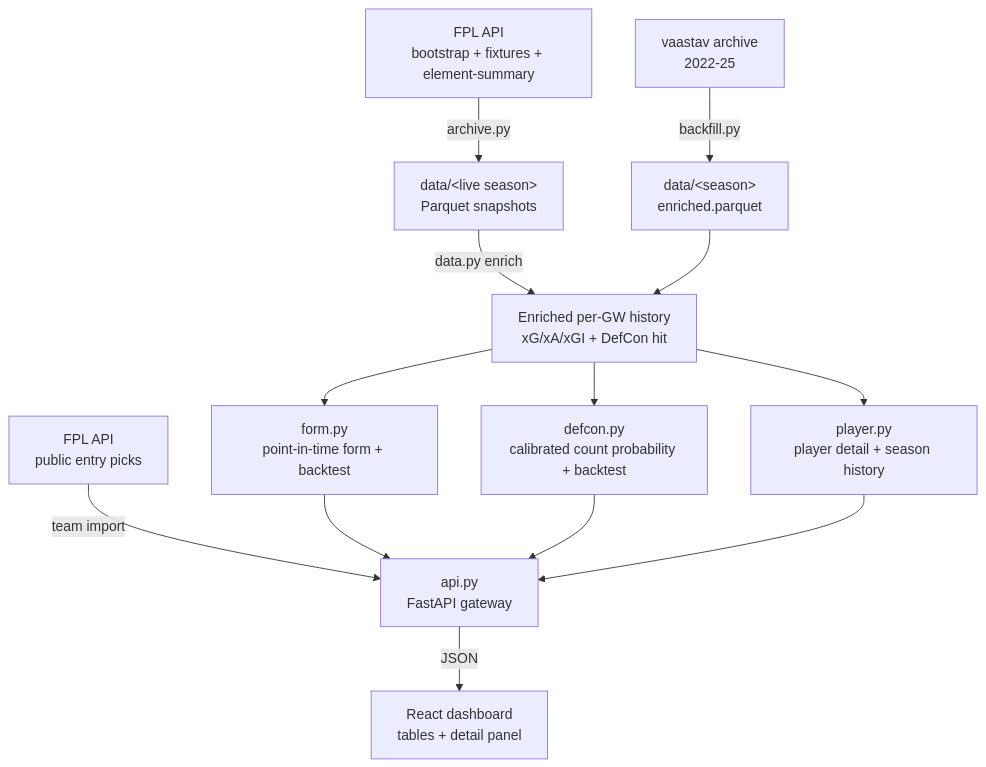
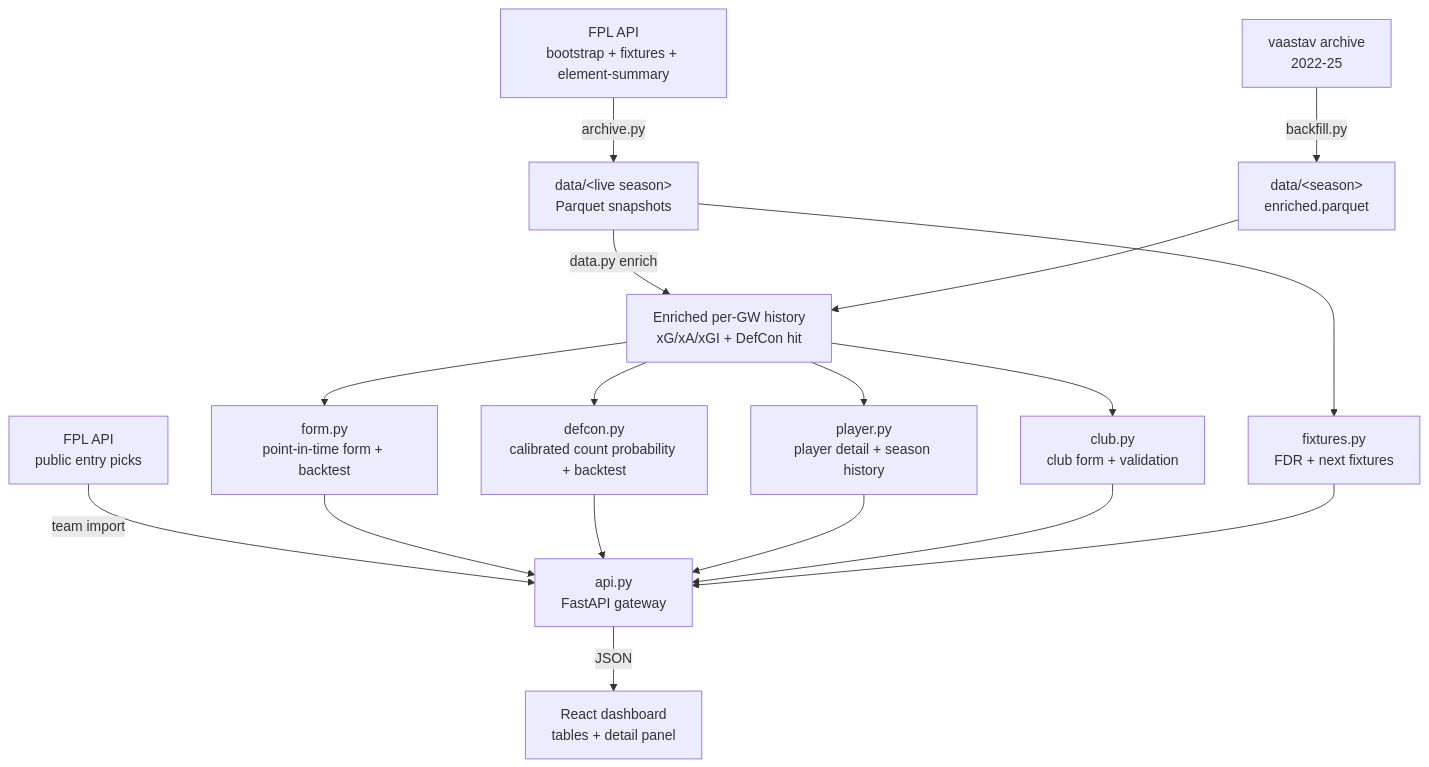
Before and after one commit to IsaacCheng9/fpl-analytics-engine: the diagram in README.md, drawn with Mermaid. The commit also changed other lines of this file and 4 other files, not shown here.

````diff
--- a/README.md
+++ b/README.md
@@ -275,15 +304,19 @@
 ```mermaid
 flowchart TD
     fpl[FPL API<br/>bootstrap + fixtures + element-summary] -->|archive.py| snap[data/&lt;live season&gt;<br/>Parquet snapshots]
     picks[FPL API<br/>public entry picks] -->|team import| api
     vaastav[vaastav archive<br/>2022-25] -->|backfill.py| hist[data/&lt;season&gt;<br/>enriched.parquet]
     snap -->|data.py enrich| enriched[Enriched per-GW history<br/>xG/xA/xGI + DefCon hit]
     hist --> enriched
     enriched --> formmod[form.py<br/>point-in-time form + backtest]
     enriched --> defconmod[defcon.py<br/>calibrated count probability + backtest]
     enriched --> playermod[player.py<br/>player detail + season history]
+    enriched --> clubmod[club.py<br/>club form + validation]
+    snap --> fixmod[fixtures.py<br/>FDR + next fixtures]
     formmod --> api[api.py<br/>FastAPI gateway]
     defconmod --> api
     playermod --> api
+    clubmod --> api
+    fixmod --> api
     api -->|JSON| ui[React dashboard<br/>tables + detail panel]
 ```
````
